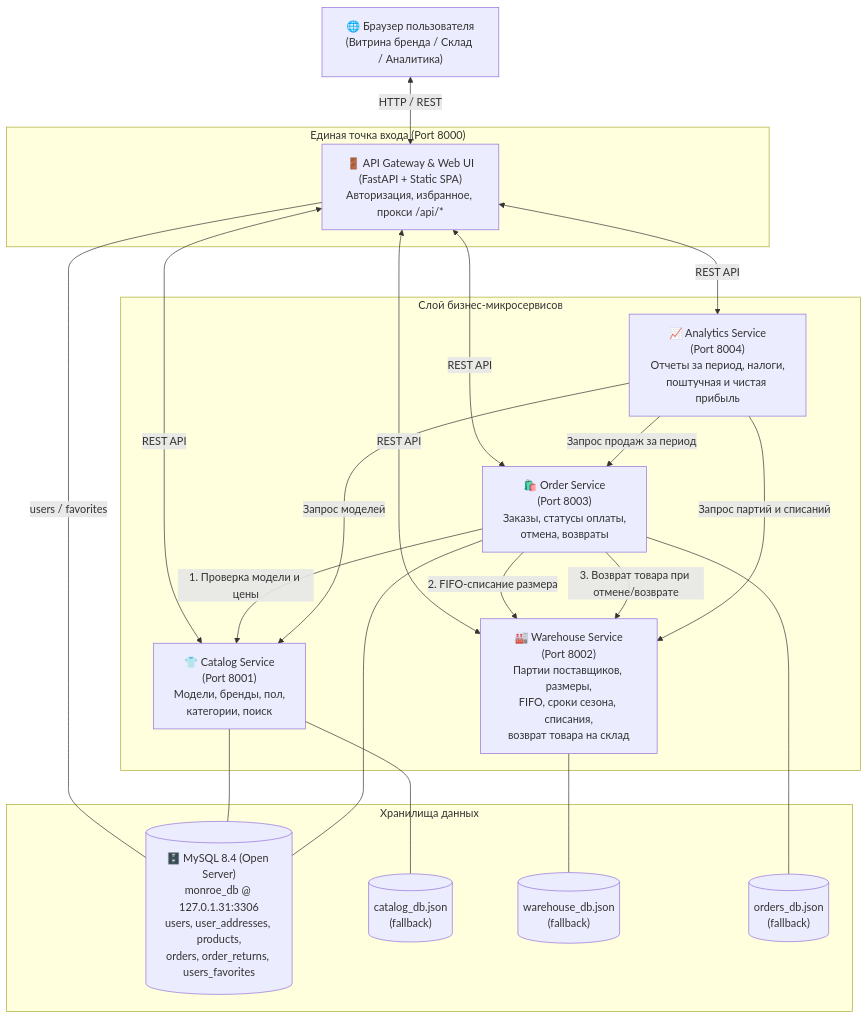
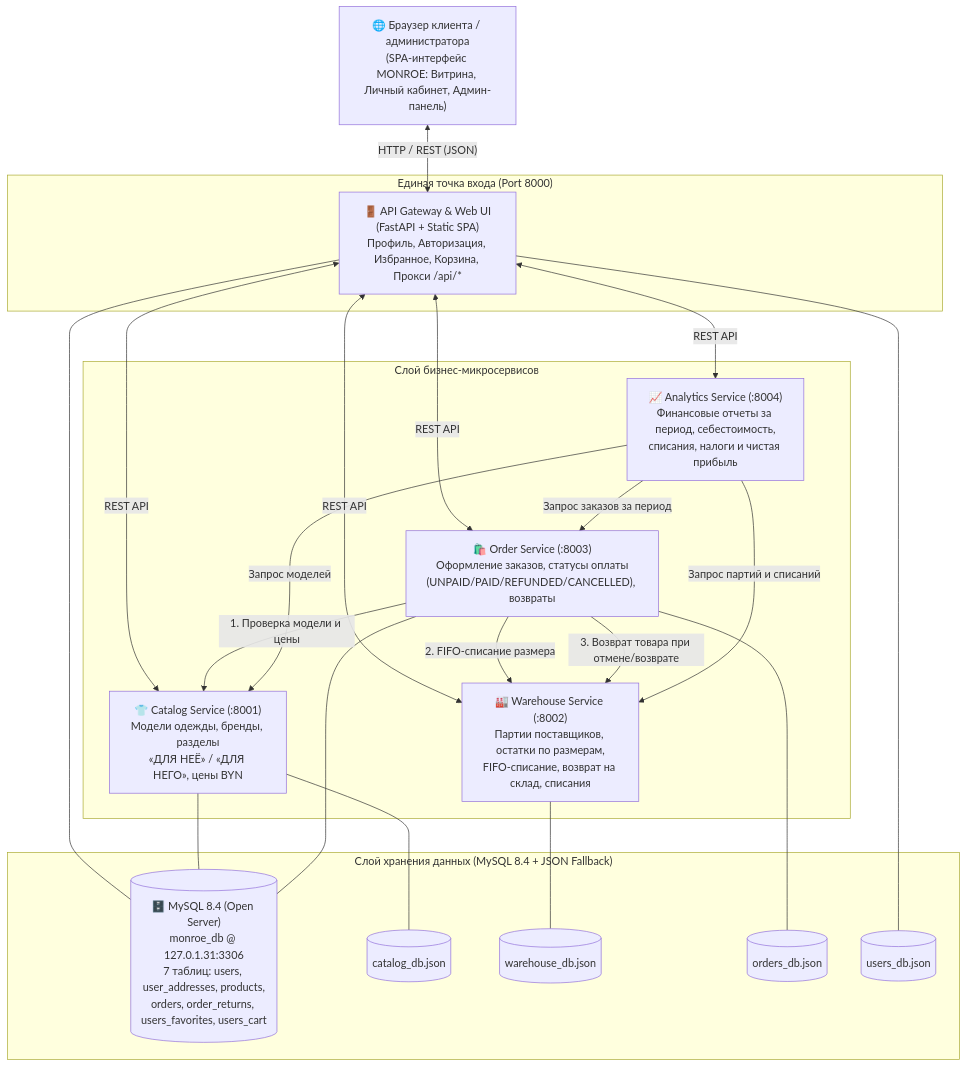
The second of 7 diagrams in README.md (anya-gor/project2026), drawn with Mermaid before and after one commit. The commit also changed other lines of this file and 1 other file, not shown here.

Commit message:
Docs: comprehensive business requirements, risk matrix, 7 MySQL tables and 7 UML Mermaid diagrams

````diff
--- a/README.md
+++ b/README.md
@@ -151,42 +153,44 @@
 ```mermaid
 flowchart TB
-    Browser["🌐 Браузер пользователя\n(Витрина бренда / Склад / Аналитика)"]
+    Browser["🌐 Браузер клиента / администратора\n(SPA-интерфейс MONROE: Витрина, Личный кабинет, Админ-панель)"]
 
     subgraph GatewayLayer ["Единая точка входа (Port 8000)"]
-        Gateway["🚪 API Gateway & Web UI\n(FastAPI + Static SPA)\nАвторизация, избранное, прокси /api/*"]
+        Gateway["🚪 API Gateway & Web UI\n(FastAPI + Static SPA)\nПрофиль, Авторизация, Избранное, Корзина, Прокси /api/*"]
     end
 
     subgraph Microservices ["Слой бизнес-микросервисов"]
-        Catalog["👕 Catalog Service\n(Port 8001)\nМодели, бренды, пол,\nкатегории, поиск"]
-        Warehouse["🏭 Warehouse Service\n(Port 8002)\nПартии поставщиков, размеры,\nFIFO, сроки сезона, списания,\nвозврат товара на склад"]
-        Order["🛍️ Order Service\n(Port 8003)\nЗаказы, статусы оплаты,\nотмена, возвраты"]
-        Analytics["📈 Analytics Service\n(Port 8004)\nОтчеты за период, налоги,\nпоштучная и чистая прибыль"]
+        Catalog["👕 Catalog Service (:8001)\nМодели одежды, бренды, разделы\n«ДЛЯ НЕЁ» / «ДЛЯ НЕГО», цены BYN"]
+        Warehouse["🏭 Warehouse Service (:8002)\nПартии поставщиков, остатки по размерам,\nFIFO-списание, возврат на склад, списания"]
+        Order["🛍️ Order Service (:8003)\nОформление заказов, статусы оплаты\n(UNPAID/PAID/REFUNDED/CANCELLED), возвраты"]
+        Analytics["📈 Analytics Service (:8004)\nФинансовые отчеты за период, себестоимость,\nсписания, налоги и чистая прибыль"]
     end
 
-    subgraph Storage ["Хранилища данных"]
-        MySQL[("🗄️ MySQL 8.4 (Open Server)\nmonroe_db @ 127.0.1.31:3306\nusers, user_addresses, products,\norders, order_returns, users_favorites")]
-        DB1[("catalog_db.json\n(fallback)")]
-        DB2[("warehouse_db.json\n(fallback)")]
-        DB3[("orders_db.json\n(fallback)")]
+    subgraph Storage ["Слой хранения данных (MySQL 8.4 + JSON Fallback)"]
+        MySQL[("🗄️ MySQL 8.4 (Open Server)\nmonroe_db @ 127.0.1.31:3306\n7 таблиц: users, user_addresses, products,\norders, order_returns, users_favorites, users_cart")]
+        DB1[("catalog_db.json")]
+        DB2[("warehouse_db.json")]
+        DB3[("orders_db.json")]
+        DB4[("users_db.json")]
     end
 
-    Browser <-->|"HTTP / REST"| Gateway
+    Browser <-->|"HTTP / REST (JSON)"| Gateway
     Gateway <-->|"REST API"| Catalog
     Gateway <-->|"REST API"| Warehouse
     Gateway <-->|"REST API"| Order
     Gateway <-->|"REST API"| Analytics
-    Gateway ---|"users / favorites"| MySQL
 
     Order -->|"1. Проверка модели и цены"| Catalog
     Order -->|"2. FIFO-списание размера"| Warehouse
     Order -->|"3. Возврат товара при отмене/возврате"| Warehouse
-    Analytics -->|"Запрос продаж за период"| Order
+    Analytics -->|"Запрос заказов за период"| Order
     Analytics -->|"Запрос партий и списаний"| Warehouse
     Analytics -->|"Запрос моделей"| Catalog
 
+    Gateway --- MySQL
+    Gateway --- DB4
+    Catalog --- MySQL
     Catalog --- DB1
-    Catalog --- MySQL
     Warehouse --- DB2
+    Order --- MySQL
     Order --- DB3
-    Order --- MySQL
 ```
````
